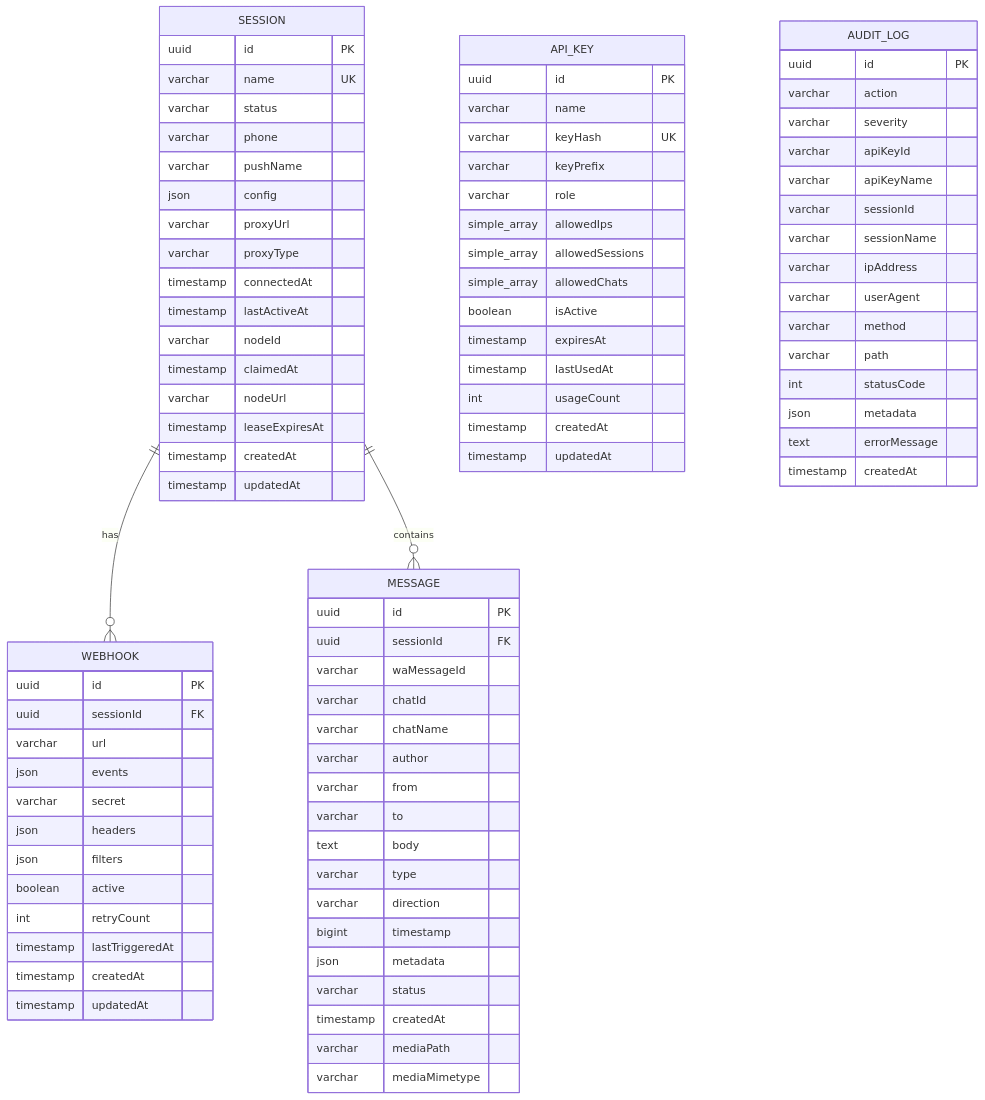
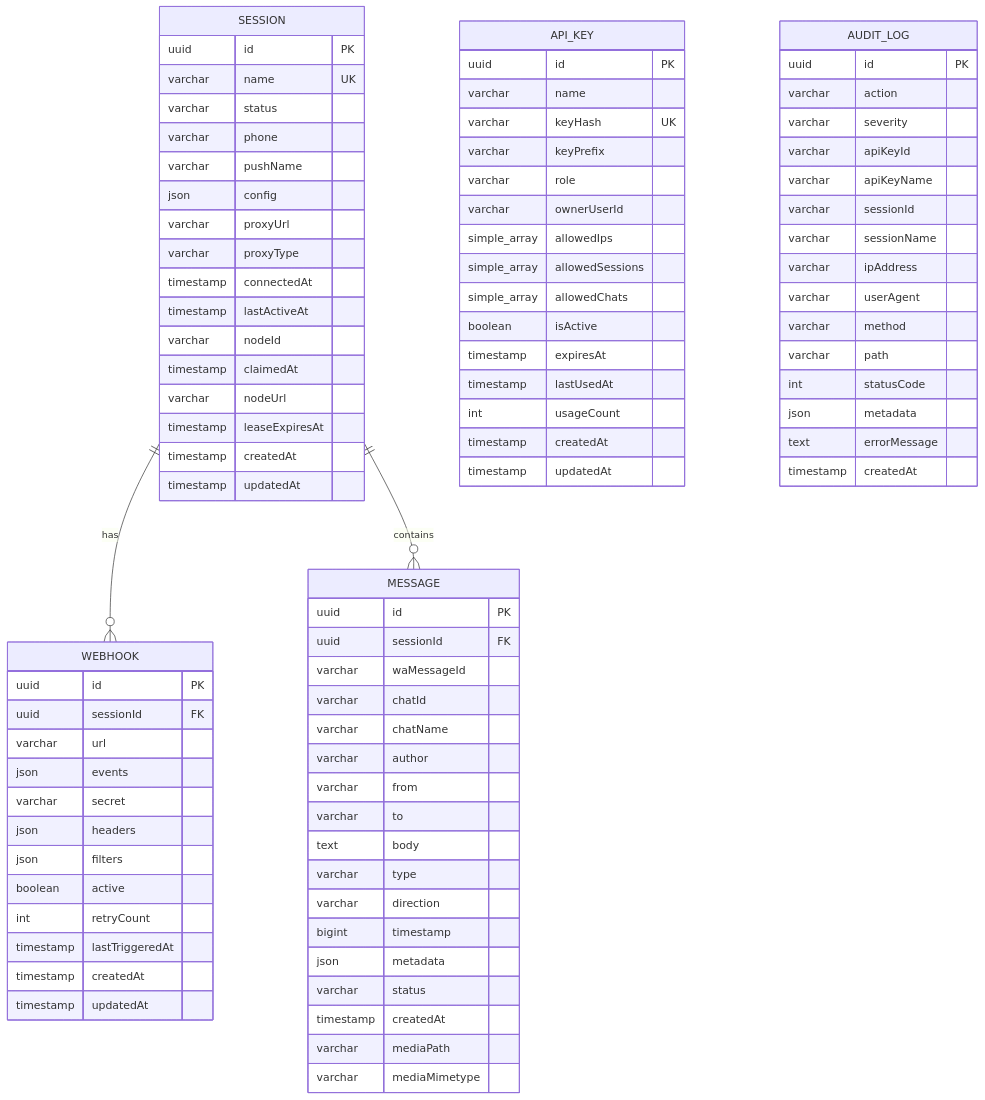
One commit to Myenum2412/whatsapptool changed the first of 5 diagrams in docs/05-database-design.md. Above: the diagram before and after it, drawn with Mermaid. The commit also changed other lines of this file and 183 other files, not shown here.

```diff
--- a/docs/05-database-design.md
+++ b/docs/05-database-design.md
@@ -251,6 +251,7 @@
         varchar keyHash UK
         varchar keyPrefix
         varchar role
+        varchar ownerUserId
         simple_array allowedIps
         simple_array allowedSessions
         simple_array allowedChats
```
